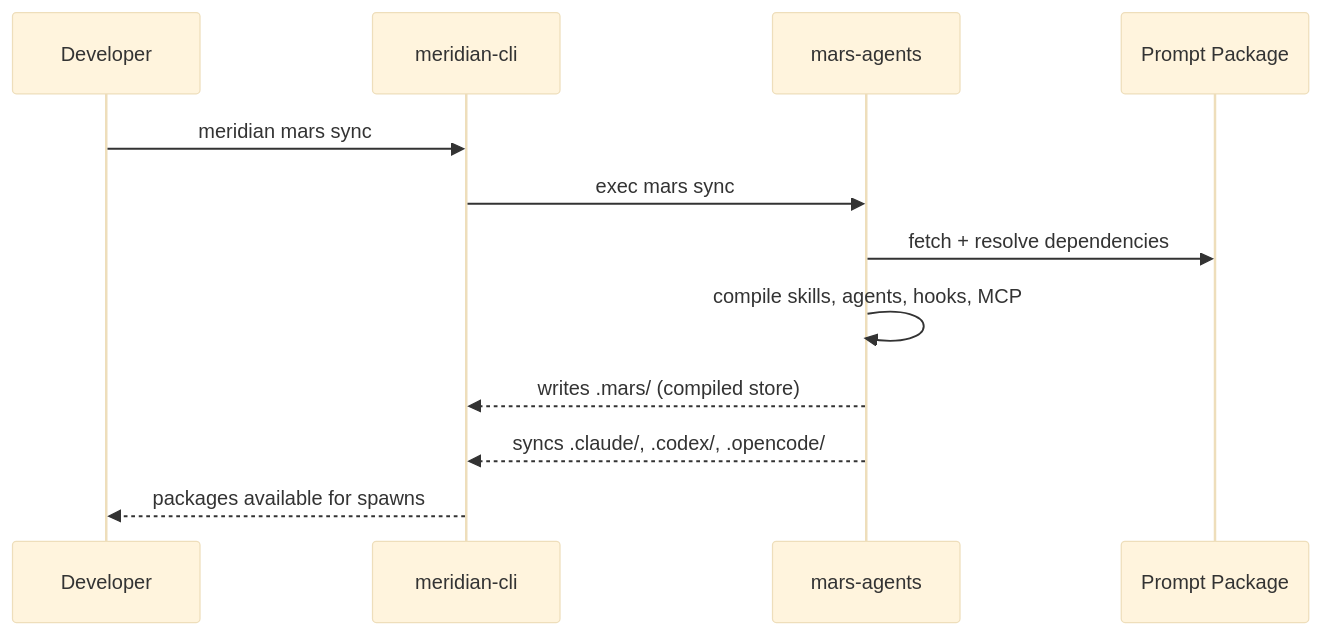
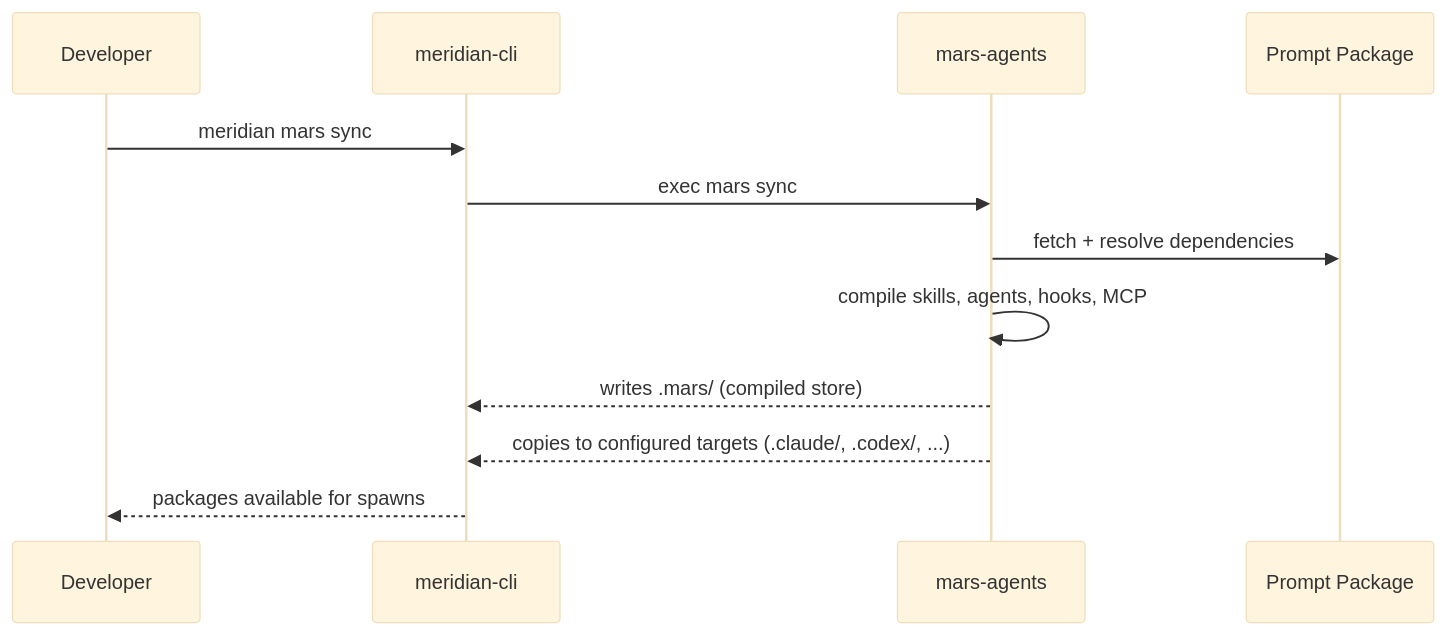
The second of 2 diagrams in kb/ecosystem/overview.md (haowjy/meridian-cli-kb), drawn with Mermaid (base theme) before and after one commit. The commit also changed other lines of this file and 1 other file, not shown here.

````diff
--- a/kb/ecosystem/overview.md
+++ b/kb/ecosystem/overview.md
@@ -155,15 +115,15 @@
 ```mermaid
 sequenceDiagram
     participant Dev as Developer
     participant CLI as meridian-cli
     participant Mars as mars-agents
     participant Pkg as Prompt Package
 
     Dev->>CLI: meridian mars sync
     CLI->>Mars: exec mars sync
     Mars->>Pkg: fetch + resolve dependencies
     Mars->>Mars: compile skills, agents, hooks, MCP
     Mars-->>CLI: writes .mars/ (compiled store)
-    Mars-->>CLI: syncs .claude/, .codex/, .opencode/
+    Mars-->>CLI: copies to configured targets (.claude/, .codex/, ...)
     CLI-->>Dev: packages available for spawns
 ```
````
